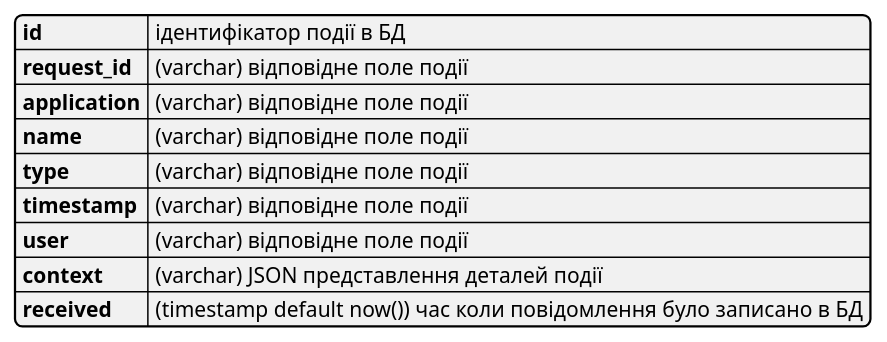
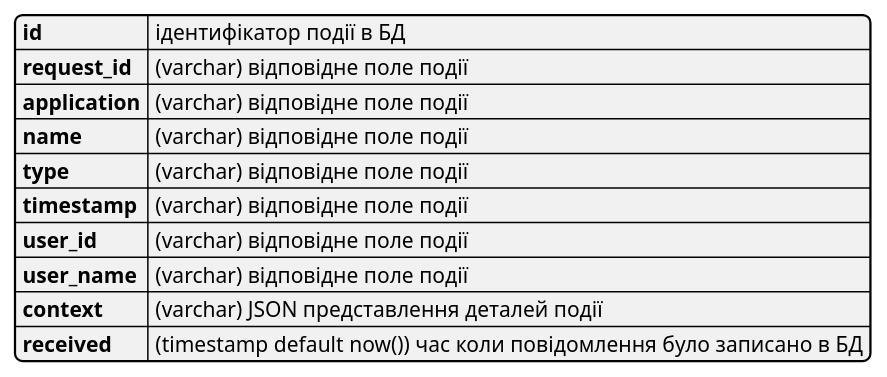
The second of 5 diagrams in modules/ROOT/pages/datafactory/audit.adoc (epam/edp-ddm-architecture), drawn with PlantUML before and after one commit. The commit also changed other lines of this file, not shown here.

Commit message:
[MDTUDDM-0000] Add context structure for user operations

```diff
--- a/modules/ROOT/pages/datafactory/audit.adoc
+++ b/modules/ROOT/pages/datafactory/audit.adoc
@@ -40,16 +40,18 @@
 [plantuml, table, svg]
 ----
 @startjson
 {
     "id": "ідентифікатор події в БД",
     "request_id": "(varchar) відповідне поле події",
     "application": "(varchar) відповідне поле події",
     "name": "(varchar) відповідне поле події",
     "type": "(varchar) відповідне поле події",
     "timestamp": "(varchar) відповідне поле події",
-    "user": "(varchar) відповідне поле події",
+    "user_id": "(varchar) відповідне поле події",
+    "user_name": "(varchar) відповідне поле події",
+'    "user_roles": "(varchar) відповідне поле події",
     "context": "(varchar) JSON представлення деталей події",
     "received": "(timestamp default now()) час коли повідомлення було записано в БД"
 }
 @endjson
 ----
```
